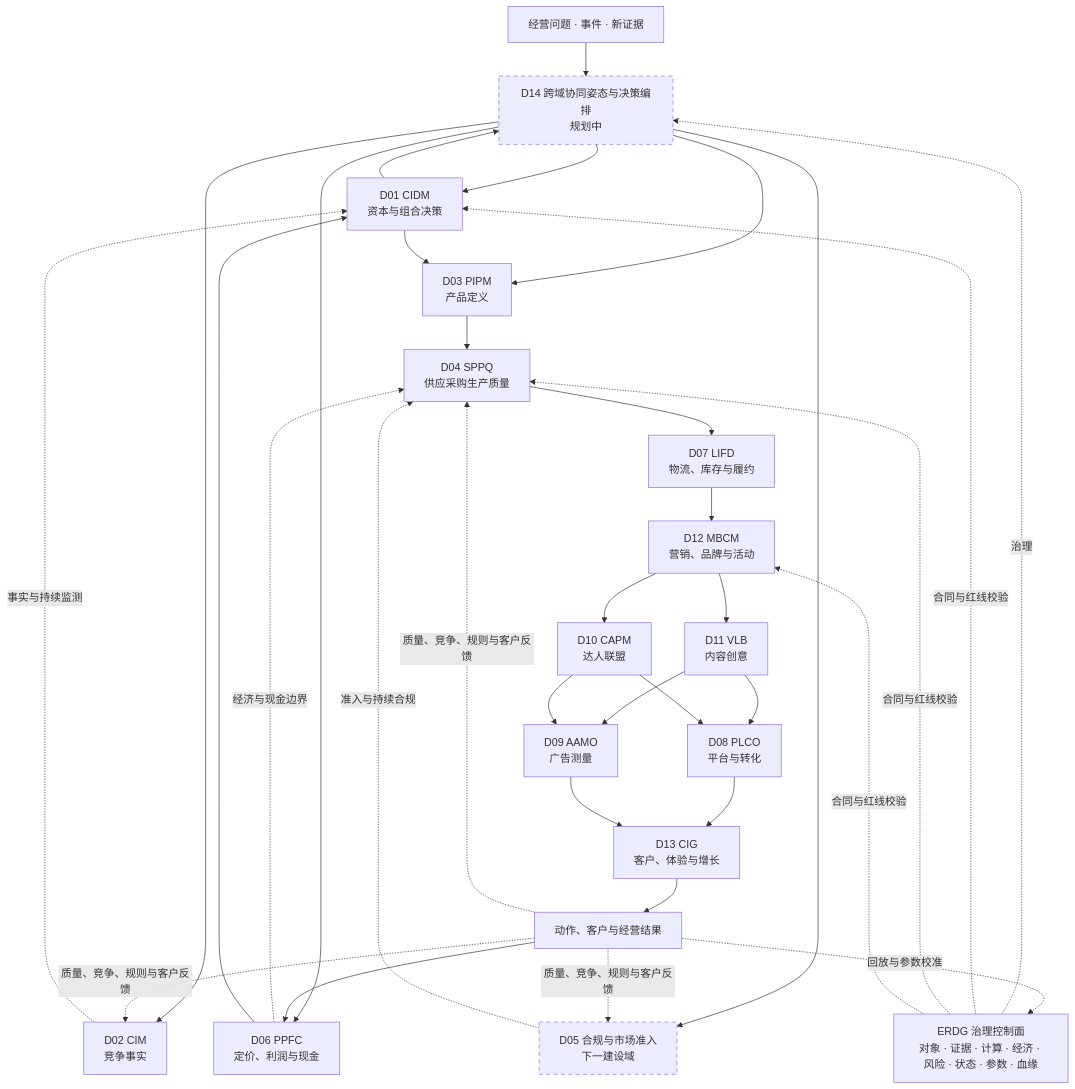
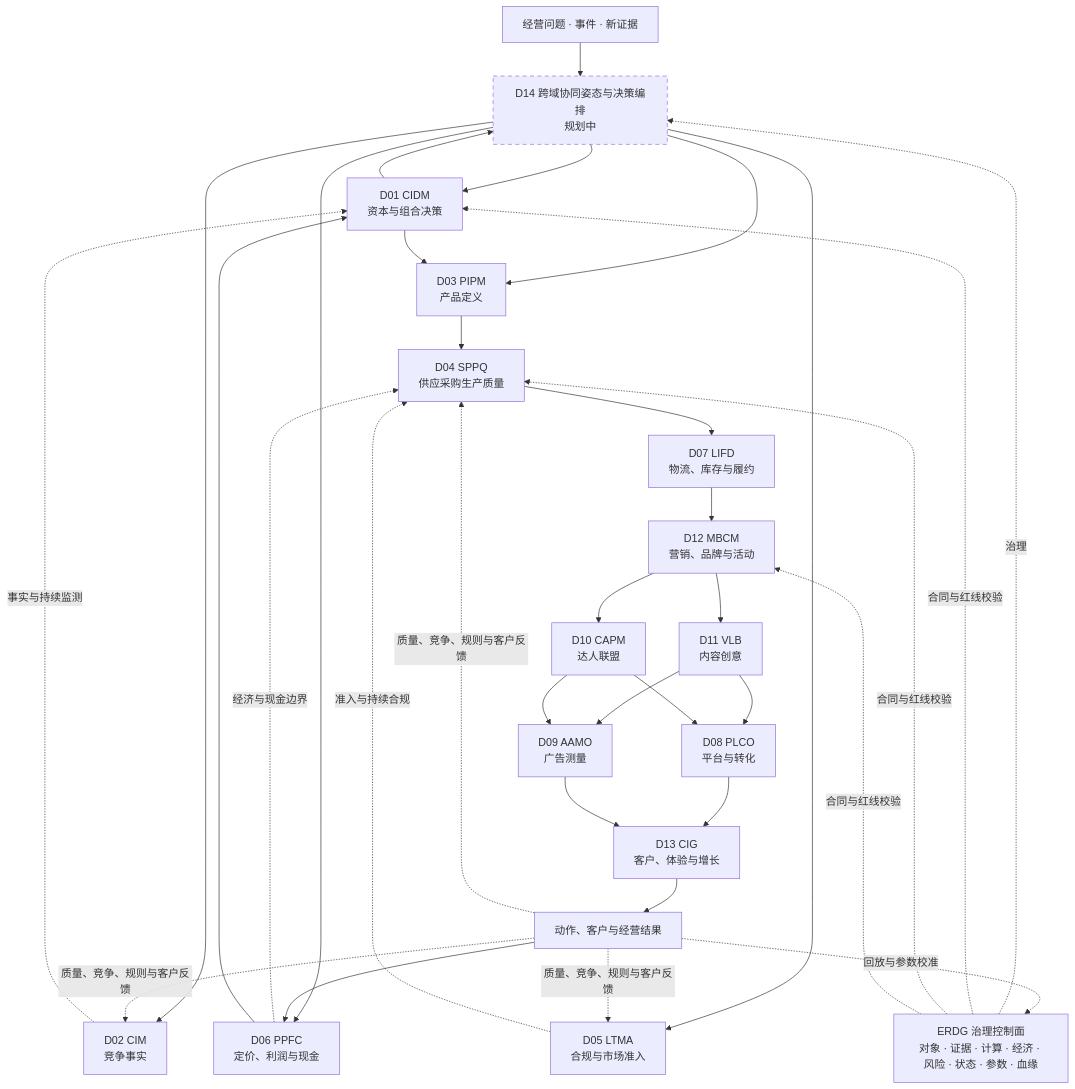
The second of 3 diagrams in README.md (saye-chen/CrossBorder-Decision-Lab), drawn with Mermaid before and after one commit. The commit also changed other lines of this file and 176 other files, not shown here.

````diff
--- a/README.md
+++ b/README.md
@@ -120,34 +120,34 @@
 ```mermaid
 flowchart TB
     U["经营问题 · 事件 · 新证据"] --> D14["D14 跨域协同姿态与决策编排<br/>规划中"]
     D14 --> D01["D01 CIDM<br/>资本与组合决策"]
     D14 --> D02["D02 CIM<br/>竞争事实"]
     D14 --> D03["D03 PIPM<br/>产品定义"]
-    D14 --> D05["D05 合规与市场准入<br/>下一建设域"]
+    D14 --> D05["D05 LTMA<br/>合规与市场准入"]
     D14 --> D06["D06 PPFC<br/>定价、利润与现金"]
     D01 --> D03 --> D04["D04 SPPQ<br/>供应采购生产质量"] --> D07["D07 LIFD<br/>物流、库存与履约"]
     D07 --> D12["D12 MBCM<br/>营销、品牌与活动"]
     D12 --> D11["D11 VLB<br/>内容创意"]
     D12 --> D10["D10 CAPM<br/>达人联盟"]
     D11 --> D08["D08 PLCO<br/>平台与转化"]
     D11 --> D09["D09 AAMO<br/>广告测量"]
     D10 --> D08
     D10 --> D09
     D08 --> D13["D13 CIG<br/>客户、体验与增长"]
     D09 --> D13
     D02 -.事实与持续监测.-> D01
     D05 -.准入与持续合规.-> D04
     D06 -.经济与现金边界.-> D04
     D13 --> O["动作、客户与经营结果"]
     O --> D06 --> D01 --> D14
     O -.质量、竞争、规则与客户反馈.-> D02
     O -.质量、竞争、规则与客户反馈.-> D04
     O -.质量、竞争、规则与客户反馈.-> D05
     E["ERDG 治理控制面<br/>对象 · 证据 · 计算 · 经济 · 风险 · 状态 · 参数 · 血缘"] -.治理.-> D14
     E -.合同与红线校验.-> D01
     E -.合同与红线校验.-> D04
     E -.合同与红线校验.-> D12
     O -.回放与参数校准.-> E
     classDef planned stroke-dasharray:6 5
-    class D05,D14 planned
+    class D14 planned
 ```
````
